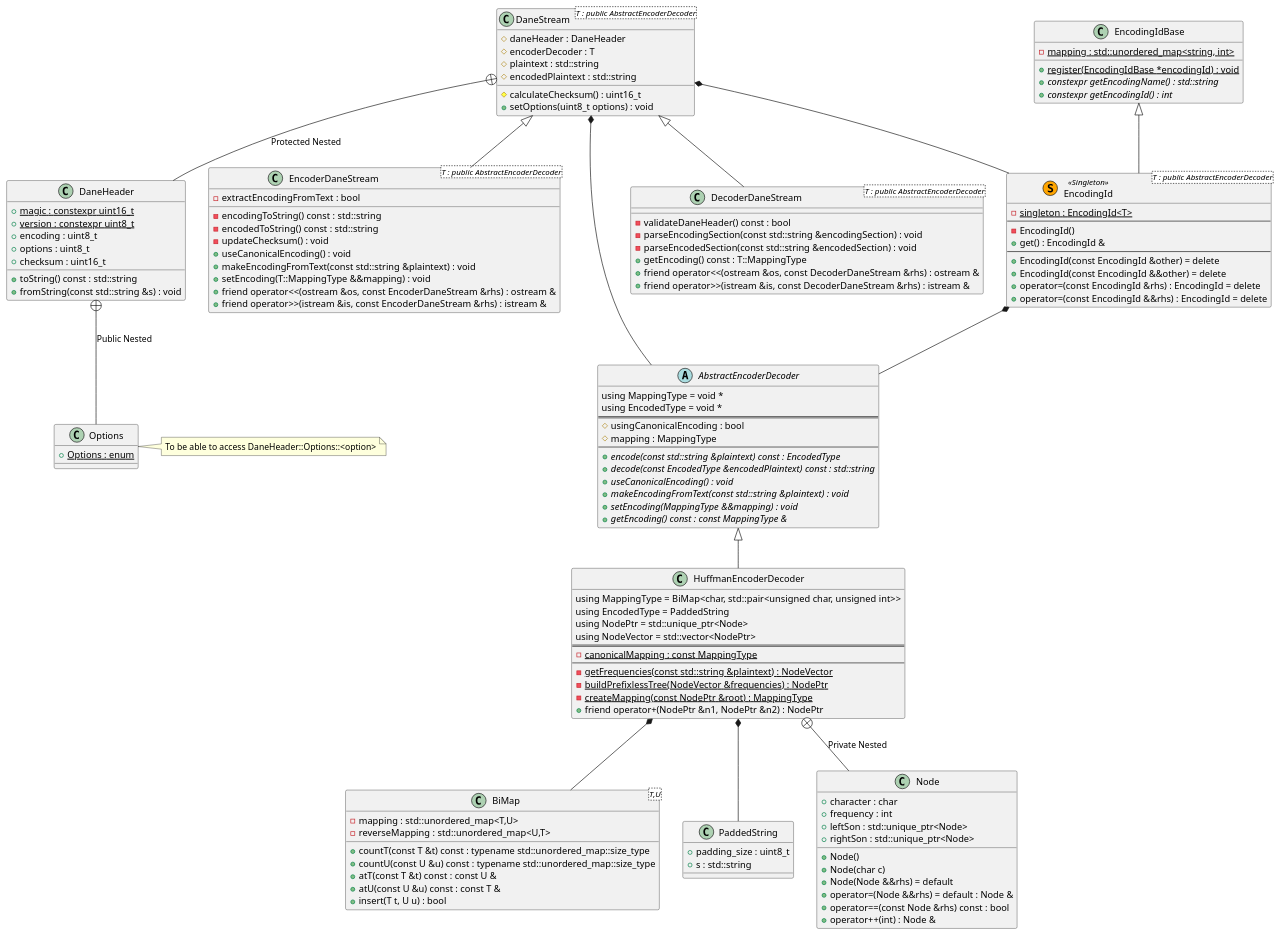
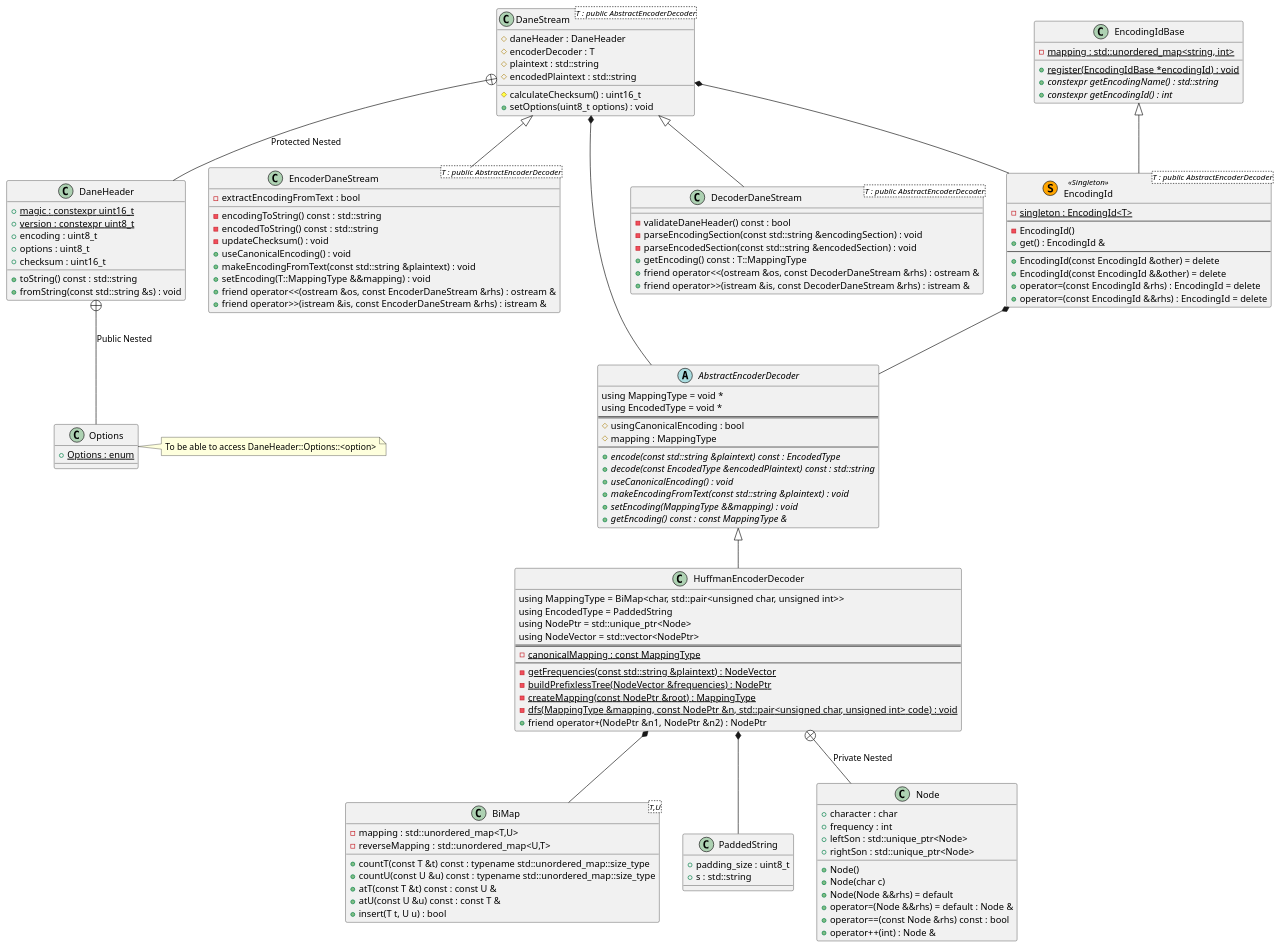
One commit to dan1994/cpp--dane changed the diagram in docs/design.puml. Above: the diagram before and after it, drawn with PlantUML. The commit also changed 2 other files, not shown here.

Commit message:
Implemented createMapping. Added another static private dfs function which is a recursive helper

```diff
--- a/docs/design.puml
+++ b/docs/design.puml
@@ -1,135 +1,137 @@
 @startuml dane
 class BiMap<T,U> {
 	- {field}	mapping : std::unordered_map<T,U>
 	- {field}	reverseMapping : std::unordered_map<U,T>
 	+ {method}	countT(const T &t) const : typename std::unordered_map::size_type
 	+ {method}	countU(const U &u) const : typename std::unordered_map::size_type
 	+ {method}	atT(const T &t) const : const U &
 	+ {method}	atU(const U &u) const : const T &
 	+ {method}	insert(T t, U u) : bool
 }
 
 class PaddedString {
 	+ {field}	padding_size : uint8_t
 	+ {field}	s : std::string
 }
 
 abstract class AbstractEncoderDecoder {
 	using MappingType = void *
 	using EncodedType = void *
 	==
 	# {field}	usingCanonicalEncoding : bool
 	# {field}	mapping : MappingType
 	--
 	+ {method}	{abstract} encode(const std::string &plaintext) const : EncodedType
 	+ {method}	{abstract} decode(const EncodedType &encodedPlaintext) const : std::string
 	+ {method}	{abstract} useCanonicalEncoding() : void
 	+ {method}	{abstract} makeEncodingFromText(const std::string &plaintext) : void
 	+ {method}	{abstract} setEncoding(MappingType &&mapping) : void
 	+ {method}	{abstract} getEncoding() const : const MappingType &
 }
 
 AbstractEncoderDecoder <|-- HuffmanEncoderDecoder
 HuffmanEncoderDecoder *-- BiMap
 HuffmanEncoderDecoder *-- PaddedString
 HuffmanEncoderDecoder +-- Node : "Private Nested"
 class HuffmanEncoderDecoder {
 	using MappingType = BiMap<char, std::pair<unsigned char, unsigned int>>
 	using EncodedType = PaddedString
 	using NodePtr = std::unique_ptr<Node>
 	using NodeVector = std::vector<NodePtr>
 	==
 	- {field}	{static} canonicalMapping : const MappingType
 	--
 	- {method}	{static} getFrequencies(const std::string &plaintext) : NodeVector
 	- {method}	{static} buildPrefixlessTree(NodeVector &frequencies) : NodePtr
 	- {method}	{static} createMapping(const NodePtr &root) : MappingType
+	- {method}	{static} dfs(MappingType &mapping, const NodePtr &n, \
+std::pair<unsigned char, unsigned int> code) : void
 	+ {method}	friend operator+(NodePtr &n1, NodePtr &n2) : NodePtr
 }
 
 class Node {
 	+ {field}	character : char
 	+ {field}	frequency : int
 	+ {field}	leftSon : std::unique_ptr<Node>
 	+ {field}	rightSon : std::unique_ptr<Node>
 	+ {method}	Node()
 	+ {method}	Node(char c)
 	+ {method}	Node(Node &&rhs) = default
 	+ {method}	operator=(Node &&rhs) = default : Node &
 	+ {method}	operator==(const Node &rhs) const : bool
 	+ {method}	operator++(int) : Node &
 }
 
 DaneStream +-- DaneHeader : Protected Nested
 class DaneHeader {
 	+ {field}	{static} magic : constexpr uint16_t
 	+ {field}	{static} version : constexpr uint8_t
 	+ {field}	encoding : uint8_t
 	+ {field}	options : uint8_t
 	+ {field}	checksum : uint16_t
 	+ {method}	toString() const : std::string
 	+ {method}	fromString(const std::string &s) : void
 }
 
 DaneHeader +-- Options : Public Nested
 note right of Options : To be able to access DaneHeader::Options::<option>
 class Options {
 	+ {field}	{static} Options : enum
 }
 
 DaneStream *-- AbstractEncoderDecoder
 DaneStream *-- EncodingId
 class DaneStream<T : public AbstractEncoderDecoder> {
 	# {field}	daneHeader : DaneHeader
 	# {field}	encoderDecoder : T
 	# {field}	plaintext : std::string
 	# {field}	encodedPlaintext : std::string
 	# {method}	calculateChecksum() : uint16_t
 	+ {method}	setOptions(uint8_t options) : void
 }
 
 DaneStream <|-- EncoderDaneStream
 class EncoderDaneStream<T : public AbstractEncoderDecoder> {
 	- {field}	extractEncodingFromText : bool
 	- {method}	encodingToString() const : std::string
 	- {method}	encodedToString() const : std::string
 	- {method}	updateChecksum() : void
 	+ {method}	useCanonicalEncoding() : void
 	+ {method}	makeEncodingFromText(const std::string &plaintext) : void
 	+ {method}	setEncoding(T::MappingType &&mapping) : void
 	+ {method}	friend operator<<(ostream &os, const EncoderDaneStream &rhs) : ostream &
 	+ {method}	friend operator>>(istream &is, const EncoderDaneStream &rhs) : istream &
 }
 
 DaneStream <|-- DecoderDaneStream
 class DecoderDaneStream<T : public AbstractEncoderDecoder> {
 	- {method}	validateDaneHeader() const : bool
 	- {method}	parseEncodingSection(const std::string &encodingSection) : void
 	- {method}	parseEncodedSection(const std::string &encodedSection) : void
 	+ {method}	getEncoding() const : T::MappingType
 	+ {method}	friend operator<<(ostream &os, const DecoderDaneStream &rhs) : ostream &
 	+ {method}	friend operator>>(istream &is, const DecoderDaneStream &rhs) : istream &
 }
 
 class EncodingIdBase {
 	- {field}	{static} mapping : std::unordered_map<string, int>
 	+ {method}	{static} register(EncodingIdBase *encodingId) : void
 	+ {method}	{abstract} constexpr getEncodingName() : std::string
 	+ {method}	{abstract} constexpr getEncodingId() : int
 }
 
 EncodingIdBase <|-- EncodingId
 EncodingId *-- AbstractEncoderDecoder
 class EncodingId<T : public AbstractEncoderDecoder> << (S,Orange) Singleton >> {
 	- {field}	{static} singleton : EncodingId<T>
 	--
 	- {method}	EncodingId()
 	+ {method}	get() : EncodingId &
 	--
 	+ {method}	EncodingId(const EncodingId &other) = delete
 	+ {method}	EncodingId(const EncodingId &&other) = delete
 	+ {method}	operator=(const EncodingId &rhs) : EncodingId = delete
 	+ {method}	operator=(const EncodingId &&rhs) : EncodingId = delete
 }
 
 @enduml
```
